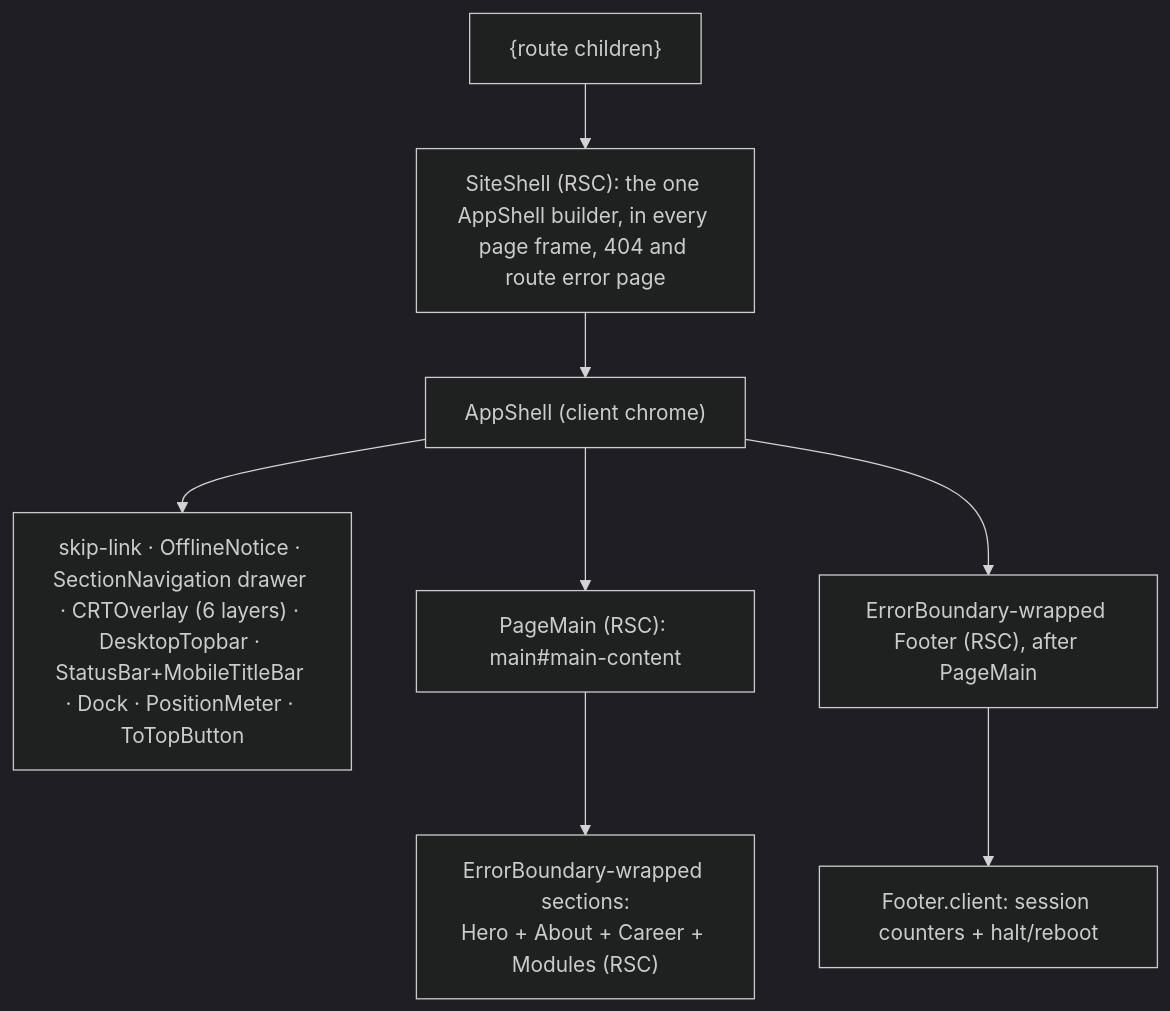
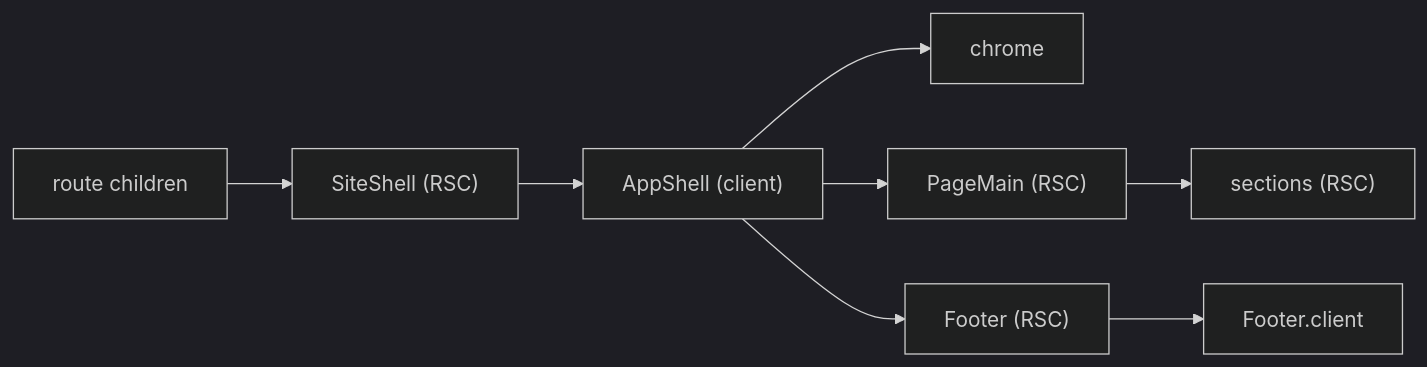
Before and after one commit to erikunha/portfolio: the fifth of 14 diagrams in docs/03-rendering-and-data-flow.md, drawn with Mermaid (dark theme). The commit also changed other lines of this file and 1454 other files, not shown here.

First line of the commit message:
refactor(architecture): milestones M0 to M14 and native ci:full (#423)

````diff
--- a/docs/03-rendering-and-data-flow.md
+++ b/docs/03-rendering-and-data-flow.md
@@ -98,10 +101,7 @@
 ```mermaid
-flowchart TD
-    children["{route children}"] --> siteshell["SiteShell (RSC): the one AppShell builder, in every page frame, 404 and route error page"]
-    siteshell --> appshell["AppShell (client chrome)"]
-    appshell --> chrome["skip-link · OfflineNotice · SectionNavigation drawer · CRTOverlay (6 layers) · DesktopTopbar · StatusBar+MobileTitleBar · Dock · PositionMeter · ToTopButton"]
-    appshell --> main["PageMain (RSC): main#main-content"]
-    main --> secs["ErrorBoundary-wrapped sections:<br/>Hero + About + Career + Modules (RSC)"]
-    appshell --> footer["ErrorBoundary-wrapped Footer (RSC), after PageMain"]
-    footer --> footerIslands["Footer.client: session counters + halt/reboot"]
+flowchart LR
+    children["route children"] --> siteshell["SiteShell (RSC)"] --> appshell["AppShell (client)"]
+    appshell --> chrome["chrome"]
+    appshell --> main["PageMain (RSC)"] --> secs["sections (RSC)"]
+    appshell --> footer["Footer (RSC)"] --> fclient["Footer.client"]
 ```
````
